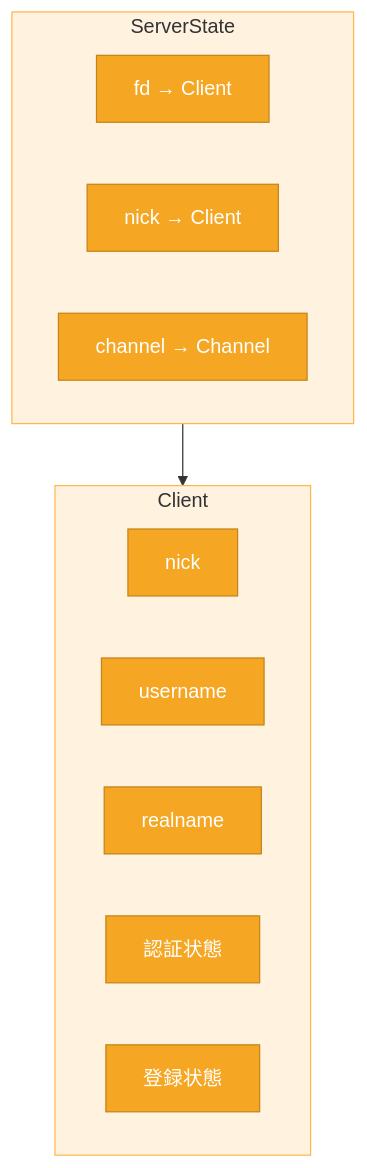
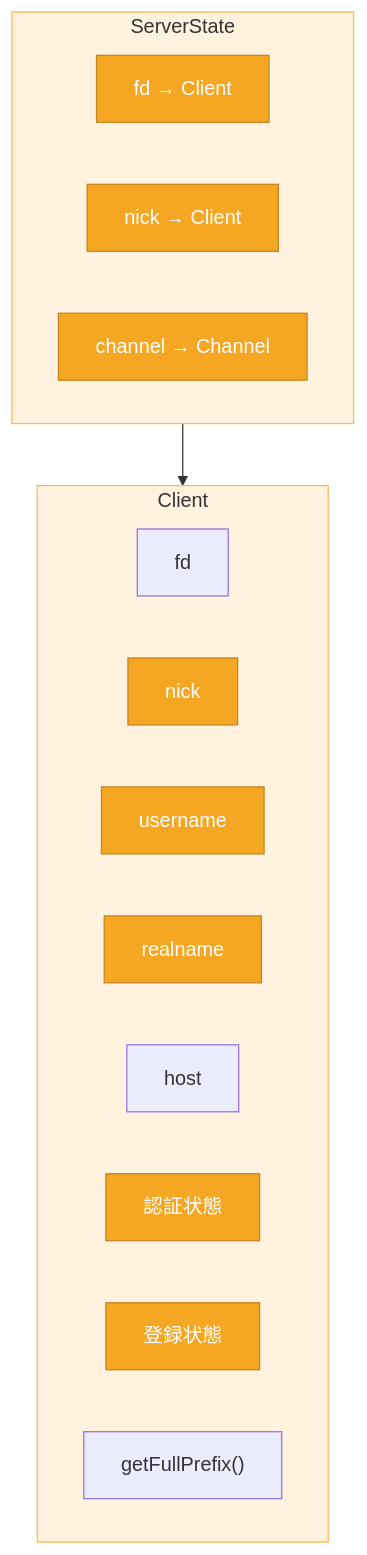
The diagram in dev_docs/reading_guide_C1.md (tototec1234/IRC), drawn with Mermaid before and after one commit. The commit also changed 6 other files, not shown here.

````diff
--- a/dev_docs/reading_guide_C1.md
+++ b/dev_docs/reading_guide_C1.md
@@ -44,29 +44,32 @@
 ```mermaid
 flowchart TB
     subgraph ServerState
         FdMap["fd → Client"]
         NickMap["nick → Client"]
         ChannelMap["channel → Channel"]
     end
     
     subgraph Client
+        Fd["fd"]
         Nick["nick"]
         Username["username"]
         Realname["realname"]
+        Host["host"]
         AuthState["認証状態"]
         RegState["登録状態"]
+        FullPrefix["getFullPrefix()"]
     end
     
     ServerState --> Client
 
     style ServerState fill:#FFF3E0,stroke:#FFB74D
     style Client fill:#FFF3E0,stroke:#FFB74D
     style FdMap fill:#F5A623,stroke:#C4841C,color:#fff
     style NickMap fill:#F5A623,stroke:#C4841C,color:#fff
     style ChannelMap fill:#F5A623,stroke:#C4841C,color:#fff
     style Nick fill:#F5A623,stroke:#C4841C,color:#fff
     style Username fill:#F5A623,stroke:#C4841C,color:#fff
     style Realname fill:#F5A623,stroke:#C4841C,color:#fff
     style AuthState fill:#F5A623,stroke:#C4841C,color:#fff
     style RegState fill:#F5A623,stroke:#C4841C,color:#fff
 ```
````
